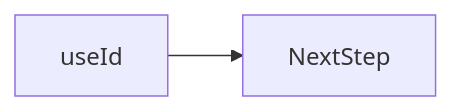
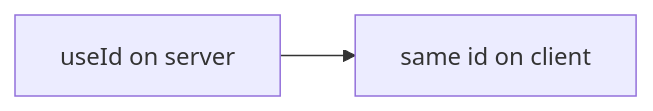
Before and after one commit to OmidJavaherii/Frontend-Engineering-Handbook: the first of 2 diagrams in docs/en/10-react/useid/index.md, drawn with Mermaid. The commit also changed other lines of this file and 461 other files, not shown here.

````diff
--- a/docs/en/10-react/useid/index.md
+++ b/docs/en/10-react/useid/index.md
@@ -95,4 +53,4 @@
 ```mermaid
 flowchart LR
-  concept[useId] --> nextStep[NextStep]
+  SSR[useId on server] --> Hydrate[same id on client]
 ```
````
